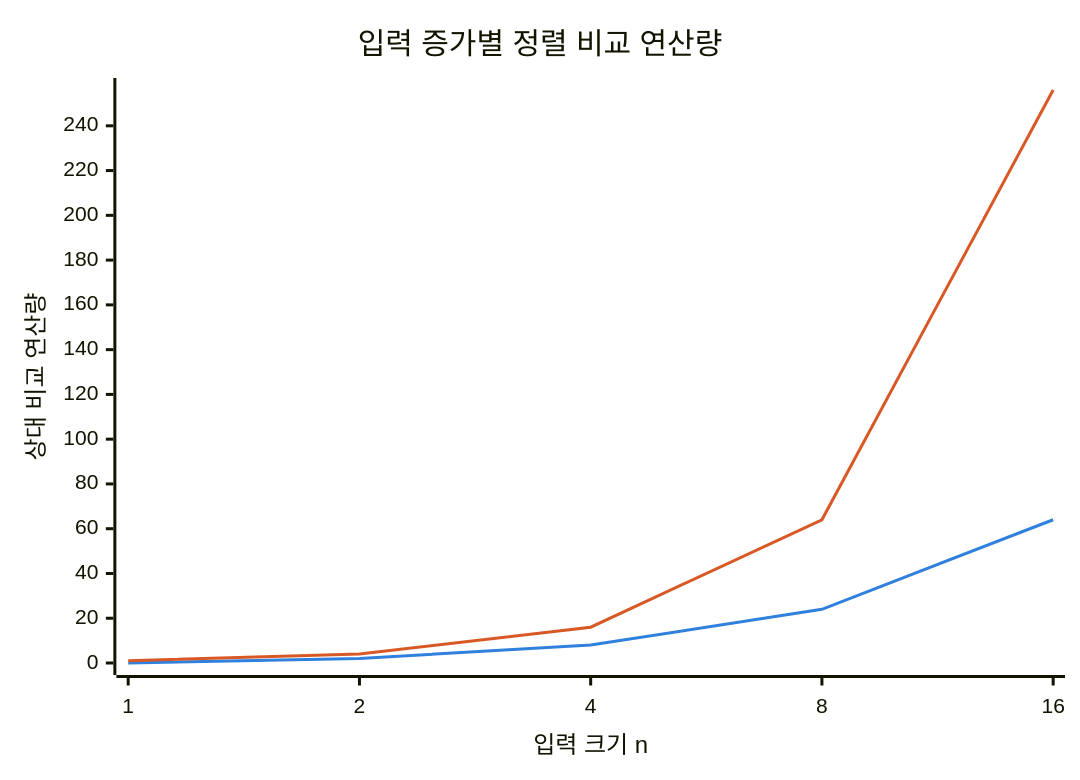
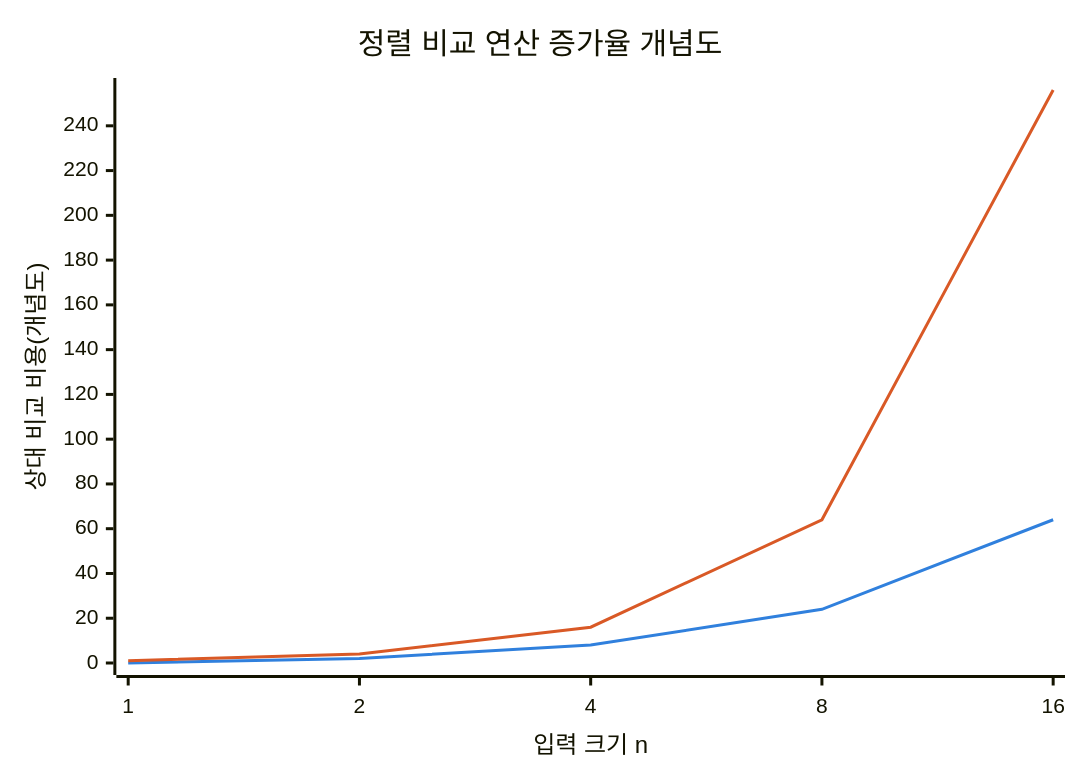
One commit to agnusdei1207/knowledge-base changed the first of 2 diagrams in src/content/docs/notes/01-basic-theory/003_sorting_algorithms.md. Above: the diagram before and after it, drawn with Mermaid. The commit also changed other lines of this file and 16 other files, not shown here.

````diff
--- a/src/content/docs/notes/01-basic-theory/003_sorting_algorithms.md
+++ b/src/content/docs/notes/01-basic-theory/003_sorting_algorithms.md
@@ -57,9 +57,9 @@
 ```mermaid
 %%{init: {"themeVariables": {"xyChart": {"plotColorPalette": "#3080dd, #d95926"}}} }%%
 xychart-beta
-    title "입력 증가별 정렬 비교 연산량"
+    title "정렬 비교 연산 증가율 개념도"
     x-axis "입력 크기 n" [1, 2, 4, 8, 16]
-    y-axis "상대 비교 연산량" 0 --> 256
+    y-axis "상대 비교 비용(개념도)" 0 --> 256
     line [0, 2, 8, 24, 64]
     line [1, 4, 16, 64, 256]
 ```
````
